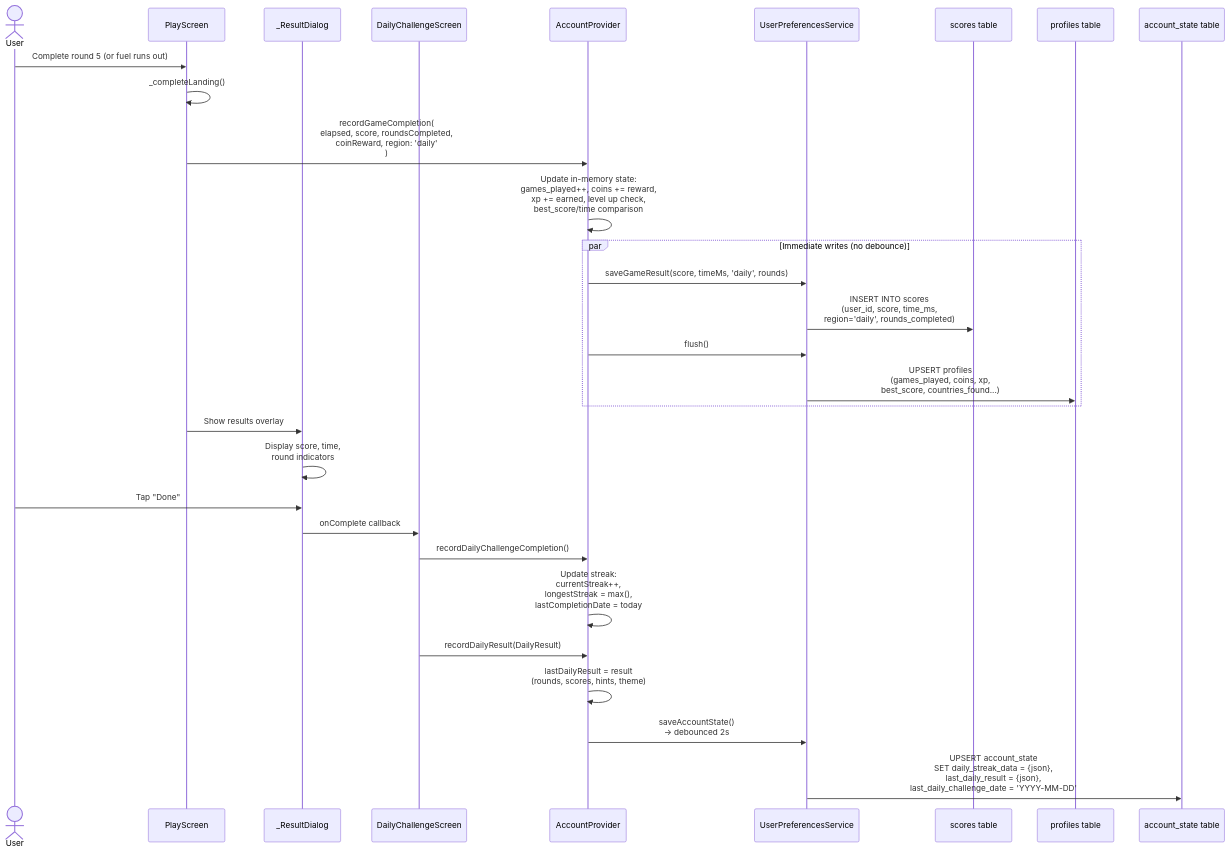
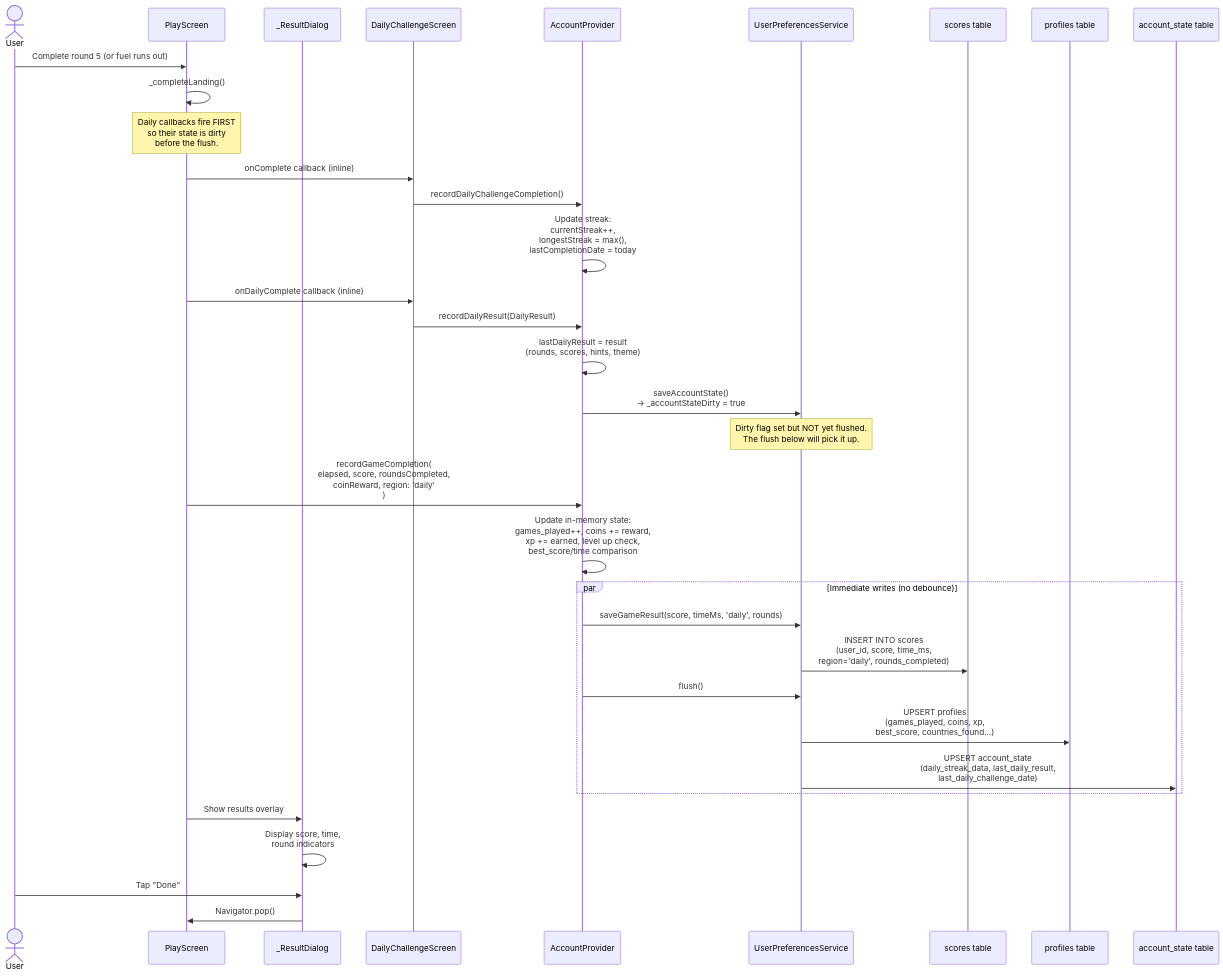
Before and after one commit to JamieMBright/flit: diagram 11 of 17 in ARCHITECTURE.md, drawn with Mermaid. The commit also changed other lines of this file and 2 other files, not shown here.

First line of the commit message:
Fix persistence: version-guarded flush, flush mutex, abort path ordering

````diff
--- a/ARCHITECTURE.md
+++ b/ARCHITECTURE.md
@@ -563,47 +563,52 @@
 ```mermaid
 sequenceDiagram
     actor User
     participant PlayScreen
     participant ResultDialog as _ResultDialog
     participant DailyScreen as DailyChallengeScreen
     participant AccountProvider
     participant UserPrefsService as UserPreferencesService
     participant ScoresDB as scores table
     participant ProfilesDB as profiles table
     participant AccountDB as account_state table
 
     User->>PlayScreen: Complete round 5 (or fuel runs out)
 
     PlayScreen->>PlayScreen: _completeLanding()
 
+    Note over PlayScreen: Daily callbacks fire FIRST<br/>so their state is dirty<br/>before the flush.
+
+    PlayScreen->>DailyScreen: onComplete callback (inline)
+    DailyScreen->>AccountProvider: recordDailyChallengeCompletion()
+
+    AccountProvider->>AccountProvider: Update streak:<br/>currentStreak++,<br/>longestStreak = max(),<br/>lastCompletionDate = today
+
+    PlayScreen->>DailyScreen: onDailyComplete callback (inline)
+    DailyScreen->>AccountProvider: recordDailyResult(DailyResult)
+
+    AccountProvider->>AccountProvider: lastDailyResult = result<br/>(rounds, scores, hints, theme)
+
+    AccountProvider->>UserPrefsService: saveAccountState()<br/>→ _accountStateDirty = true
+
+    Note over UserPrefsService: Dirty flag set but NOT yet flushed.<br/>The flush below will pick it up.
+
     PlayScreen->>AccountProvider: recordGameCompletion(<br/>  elapsed, score, roundsCompleted,<br/>  coinReward, region: 'daily'<br/>)
 
     AccountProvider->>AccountProvider: Update in-memory state:<br/>games_played++, coins += reward,<br/>xp += earned, level up check,<br/>best_score/time comparison
 
     par Immediate writes (no debounce)
         AccountProvider->>UserPrefsService: saveGameResult(score, timeMs, 'daily', rounds)
         UserPrefsService->>ScoresDB: INSERT INTO scores<br/>(user_id, score, time_ms,<br/>region='daily', rounds_completed)
 
         AccountProvider->>UserPrefsService: flush()
         UserPrefsService->>ProfilesDB: UPSERT profiles<br/>(games_played, coins, xp,<br/>best_score, countries_found...)
+        UserPrefsService->>AccountDB: UPSERT account_state<br/>(daily_streak_data, last_daily_result,<br/>last_daily_challenge_date)
     end
 
     PlayScreen->>ResultDialog: Show results overlay
 
     ResultDialog->>ResultDialog: Display score, time,<br/>round indicators
 
     User->>ResultDialog: Tap "Done"
-    ResultDialog->>DailyScreen: onComplete callback
-
-    DailyScreen->>AccountProvider: recordDailyChallengeCompletion()
-
-    AccountProvider->>AccountProvider: Update streak:<br/>currentStreak++,<br/>longestStreak = max(),<br/>lastCompletionDate = today
-
-    DailyScreen->>AccountProvider: recordDailyResult(DailyResult)
-
-    AccountProvider->>AccountProvider: lastDailyResult = result<br/>(rounds, scores, hints, theme)
-
-    AccountProvider->>UserPrefsService: saveAccountState()<br/>→ debounced 2s
-
-    UserPrefsService->>AccountDB: UPSERT account_state<br/>SET daily_streak_data = {json},<br/>last_daily_result = {json},<br/>last_daily_challenge_date = 'YYYY-MM-DD'
+    ResultDialog->>PlayScreen: Navigator.pop()
 ```
````
